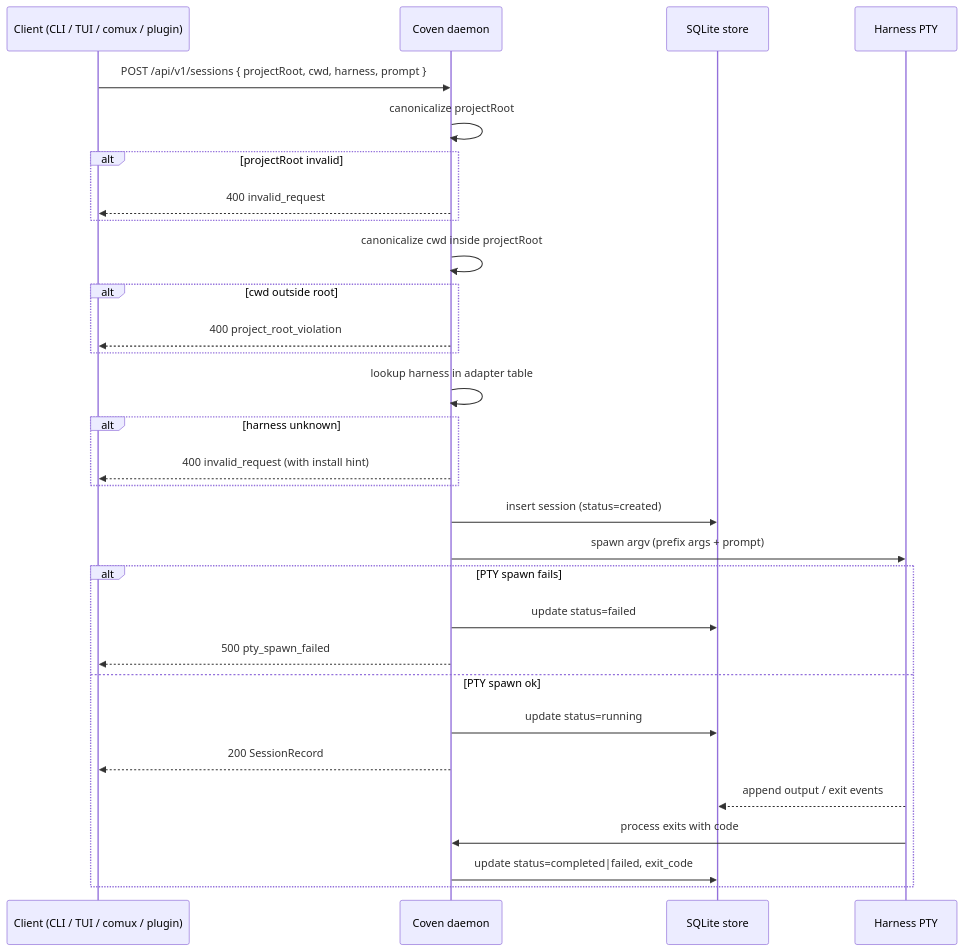
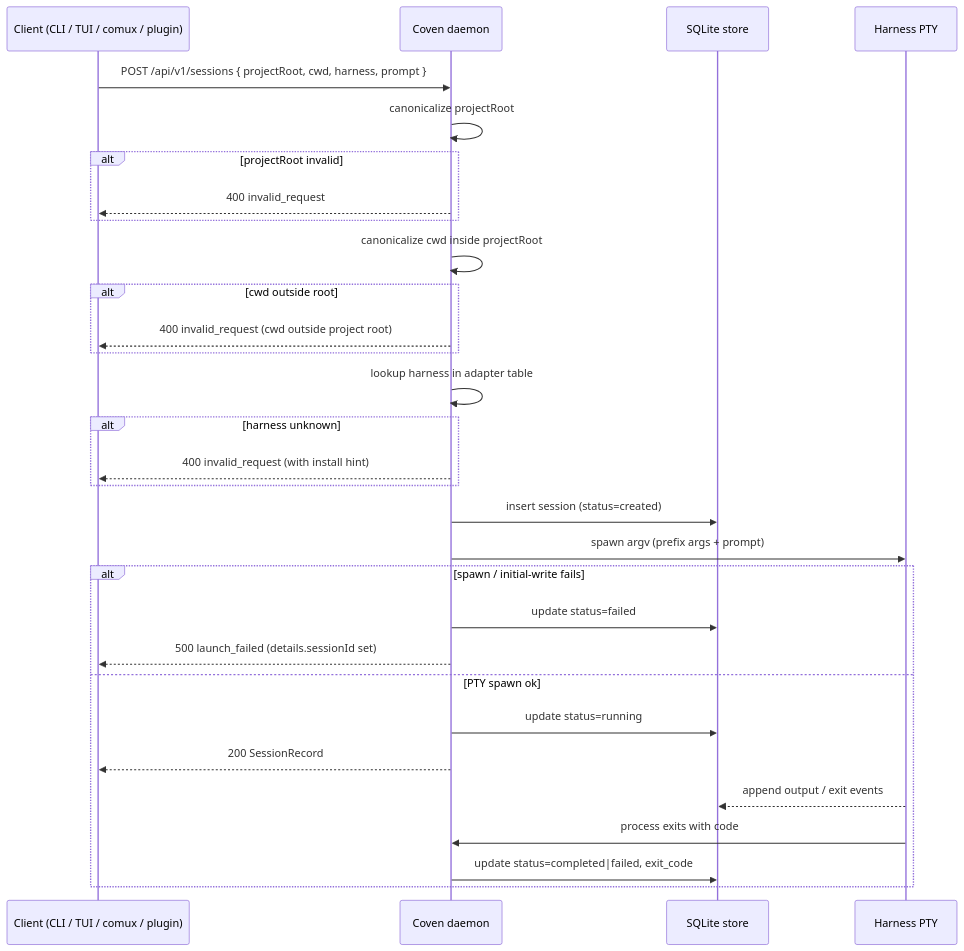
Before and after one commit to DropShock-Digital/coven: the second of 2 diagrams in docs/SESSION-LIFECYCLE.md, drawn with Mermaid. The commit also changed 7 other files, not shown here.

````diff
--- a/docs/SESSION-LIFECYCLE.md
+++ b/docs/SESSION-LIFECYCLE.md
@@ -67,33 +67,33 @@
 ```mermaid
 sequenceDiagram
   participant Client as Client (CLI / TUI / comux / plugin)
   participant Daemon as Coven daemon
   participant Store as SQLite store
   participant PTY as Harness PTY
 
   Client->>Daemon: POST /api/v1/sessions { projectRoot, cwd, harness, prompt }
   Daemon->>Daemon: canonicalize projectRoot
   alt projectRoot invalid
     Daemon-->>Client: 400 invalid_request
   end
   Daemon->>Daemon: canonicalize cwd inside projectRoot
   alt cwd outside root
-    Daemon-->>Client: 400 project_root_violation
+    Daemon-->>Client: 400 invalid_request (cwd outside project root)
   end
   Daemon->>Daemon: lookup harness in adapter table
   alt harness unknown
     Daemon-->>Client: 400 invalid_request (with install hint)
   end
   Daemon->>Store: insert session (status=created)
   Daemon->>PTY: spawn argv (prefix args + prompt)
-  alt PTY spawn fails
+  alt spawn / initial-write fails
     Daemon->>Store: update status=failed
-    Daemon-->>Client: 500 pty_spawn_failed
+    Daemon-->>Client: 500 launch_failed (details.sessionId set)
   else PTY spawn ok
     Daemon->>Store: update status=running
     Daemon-->>Client: 200 SessionRecord
     PTY-->>Store: append output / exit events
     PTY->>Daemon: process exits with code
     Daemon->>Store: update status=completed|failed, exit_code
   end
 ```
````
